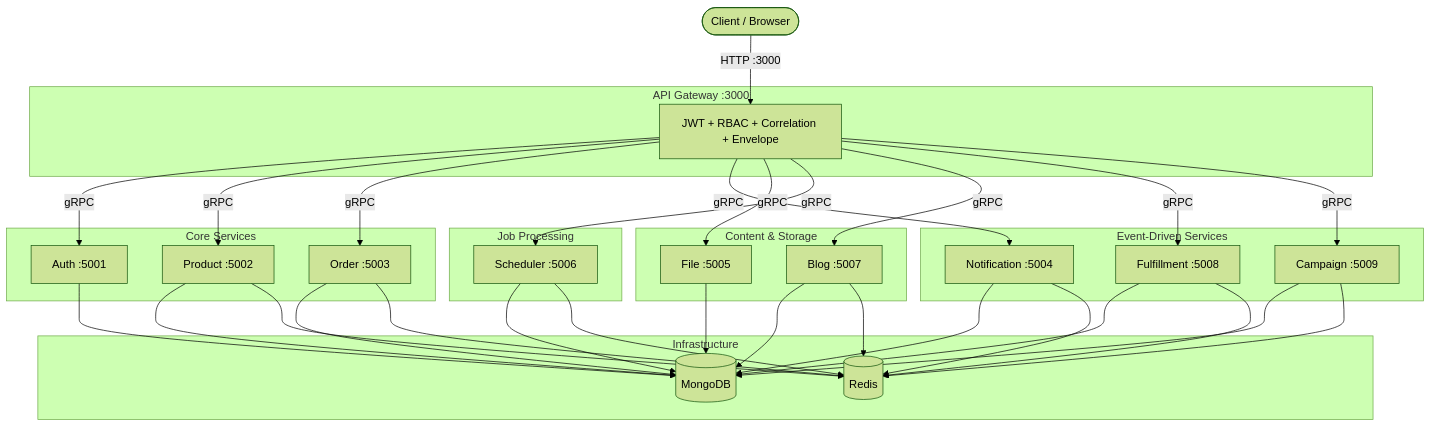
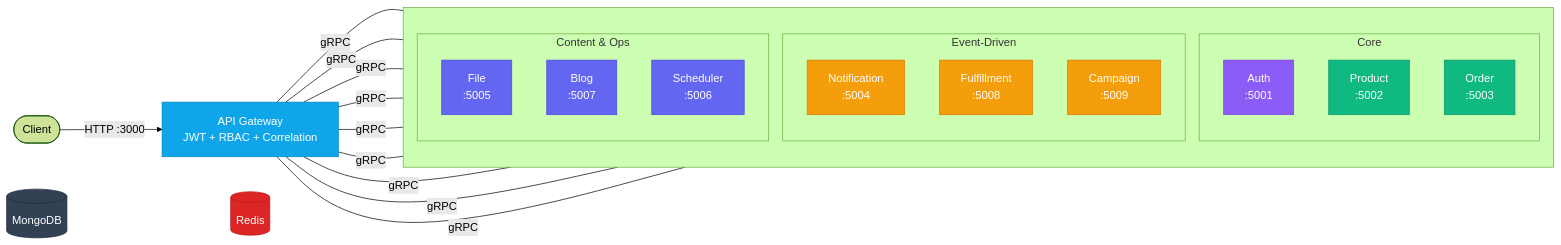
The first of 4 diagrams in README.md (nthanhdo/nestjs-boot), drawn with Mermaid (forest theme) before and after one commit. The commit also changed other lines of this file, not shown here.

Commit message:
docs: clean up architecture Mermaid diagram — LR layout, color-coded, less cluttered

````diff
--- a/README.md
+++ b/README.md
@@ -96,47 +96,51 @@
 ```mermaid
-graph TB
-    Client([Client / Browser]) -->|HTTP :3000| GW
+graph LR
+    Client([Client]) -->|HTTP :3000| GW[API Gateway<br/>JWT + RBAC + Correlation]
 
-    subgraph Gateway["API Gateway :3000"]
-        GW[JWT + RBAC + Correlation + Envelope]
+    subgraph services [" "]
+        direction TB
+
+        subgraph core ["Core"]
+            AUTH[Auth<br/>:5001]
+            PROD[Product<br/>:5002]
+            ORD[Order<br/>:5003]
+        end
+
+        subgraph evented ["Event-Driven"]
+            NOTIF[Notification<br/>:5004]
+            FULFILL[Fulfillment<br/>:5008]
+            CAMP[Campaign<br/>:5009]
+        end
+
+        subgraph content ["Content & Ops"]
+            FILE[File<br/>:5005]
+            BLOG[Blog<br/>:5007]
+            SCHED[Scheduler<br/>:5006]
+        end
     end
 
-    subgraph Core Services
-        AUTH[Auth :5001]
-        PROD[Product :5002]
-        ORD[Order :5003]
-    end
+    GW ---|gRPC| AUTH
+    GW ---|gRPC| PROD
+    GW ---|gRPC| ORD
+    GW ---|gRPC| NOTIF
+    GW ---|gRPC| FILE
+    GW ---|gRPC| SCHED
+    GW ---|gRPC| BLOG
+    GW ---|gRPC| FULFILL
+    GW ---|gRPC| CAMP
 
-    subgraph Event-Driven Services
-        NOTIF[Notification :5004]
-        FULFILL[Fulfillment :5008]
-        CAMP[Campaign :5009]
-    end
+    MONGO[(MongoDB)] ~~~ REDIS[(Redis)]
 
-    subgraph Content & Storage
-        FILE[File :5005]
-        BLOG[Blog :5007]
-    end
-
-    subgraph Job Processing
-        SCHED[Scheduler :5006]
-    end
-
-    GW -->|gRPC| AUTH
-    GW -->|gRPC| PROD
-    GW -->|gRPC| ORD
-    GW -->|gRPC| NOTIF
-    GW -->|gRPC| FILE
-    GW -->|gRPC| SCHED
-    GW -->|gRPC| BLOG
-    GW -->|gRPC| FULFILL
-    GW -->|gRPC| CAMP
-
-    subgraph Infrastructure
-        MONGO[(MongoDB)]
-        REDIS[(Redis)]
-    end
-
-    AUTH & PROD & ORD & NOTIF & FILE & SCHED & BLOG & FULFILL & CAMP --> MONGO
-    PROD & ORD & NOTIF & SCHED & BLOG & FULFILL & CAMP --> REDIS
+    style GW fill:#0ea5e9,stroke:#0284c7,color:#fff
+    style AUTH fill:#8b5cf6,stroke:#7c3aed,color:#fff
+    style PROD fill:#10b981,stroke:#059669,color:#fff
+    style ORD fill:#10b981,stroke:#059669,color:#fff
+    style NOTIF fill:#f59e0b,stroke:#d97706,color:#fff
+    style FULFILL fill:#f59e0b,stroke:#d97706,color:#fff
+    style CAMP fill:#f59e0b,stroke:#d97706,color:#fff
+    style FILE fill:#6366f1,stroke:#4f46e5,color:#fff
+    style BLOG fill:#6366f1,stroke:#4f46e5,color:#fff
+    style SCHED fill:#6366f1,stroke:#4f46e5,color:#fff
+    style MONGO fill:#334155,stroke:#1e293b,color:#fff
+    style REDIS fill:#dc2626,stroke:#b91c1c,color:#fff
 ```
````
